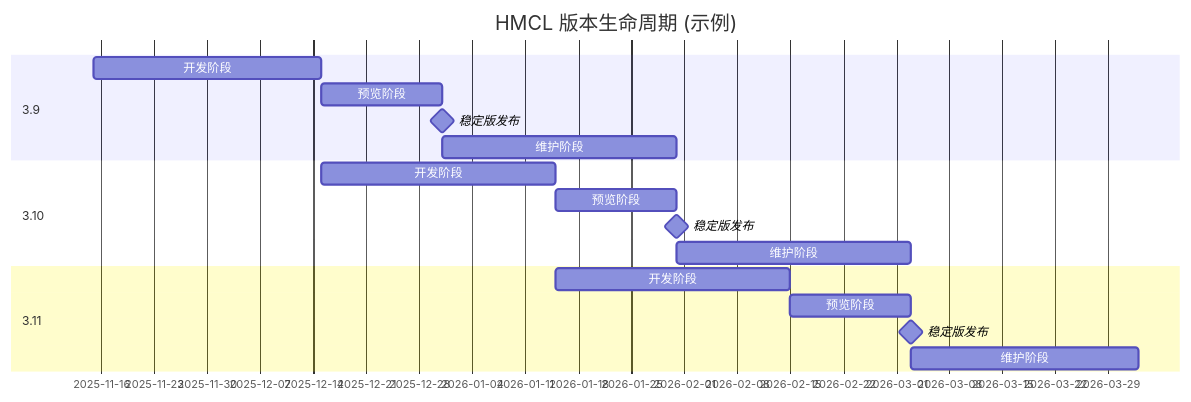
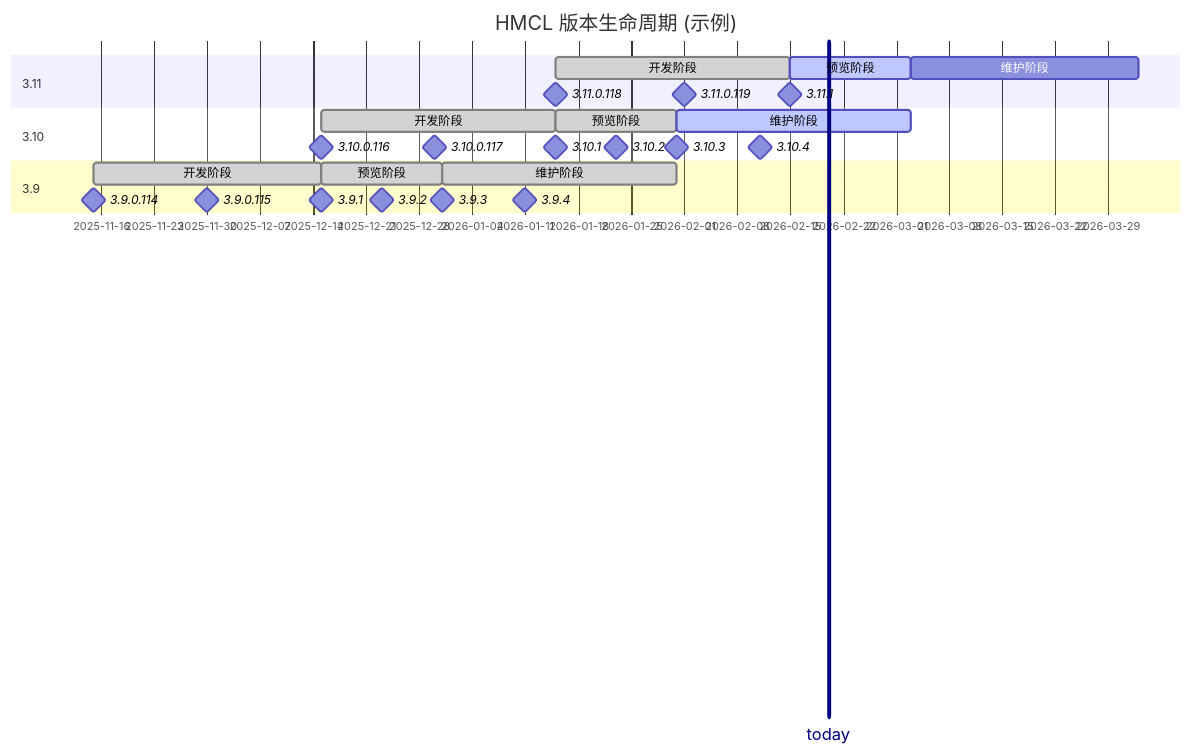
Before and after one commit to HMCL-dev/HMCL: the diagram in docs/ReleaseSchedule_zh.md, drawn with Mermaid. The commit also changed 2 other files, not shown here.

Commit message:
优化文档中的版本声明周期示例 (#5920)

````diff
--- a/docs/ReleaseSchedule_zh.md
+++ b/docs/ReleaseSchedule_zh.md
@@ -43,19 +43,35 @@
 ```mermaid
+---
+displayMode: compact
+---
 gantt
     title HMCL 版本生命周期 (示例)
+    section 3.11
+        today: vert, 2026-02-20, 0d
+        开发阶段: done, c1, after b1, 31d
+        预览阶段: active, c2, after c1, 16d
+        维护阶段: c3, after c2, 30d
+        3.11.0.118: milestone, after b1, 0d
+        3.11.0.119: milestone, 2026-02-01, 0d
+        3.11.1: milestone, after c1, 0d
+    section 3.10
+        开发阶段: done, b1, after a1, 31d
+        预览阶段: done, b2, after b1, 16d
+        维护阶段: active, b3, after b2, 31d
+        3.10.0.116: milestone, after a1, 0d
+        3.10.0.117: milestone, 2025-12-30, 0d
+        3.10.1: milestone, after b1, 0d
+        3.10.2: milestone, 2026-01-23, 0d
+        3.10.3: milestone, after b2, 0d
+        3.10.4: milestone, 2026-02-11, 0d
     section 3.9
-        开发阶段: a1, 2025-11-15, 30d
-        预览阶段: a2, after a1, 16d
-        稳定版发布: milestone, after a2, 0d
-        维护阶段: a3, after a2, 31d
-    section 3.10
-        开发阶段: b1, after a1, 31d
-        预览阶段: b2, after b1, 16d
-        稳定版发布: milestone, after b2, 0d
-        维护阶段: b3, after b2, 31d
-    section 3.11
-        开发阶段: c1, after b1, 31d
-        预览阶段: c2, after c1, 16d
-        稳定版发布: milestone, after c2, 0d
-        维护阶段: c3, after c2, 30d
+        开发阶段: done, a1, 2025-11-15, 30d
+        预览阶段: done, a2, after a1, 16d
+        维护阶段: done, a3, after a2, 31d
+        3.9.0.114: milestone, 2025-11-15, 0d
+        3.9.0.115: milestone, 2025-11-30, 0d
+        3.9.1: milestone, after a1, 0d
+        3.9.2: milestone, 2025-12-23, 0d
+        3.9.3: milestone, after a2, 0d
+        3.9.4: milestone, 2026-01-11, 0d
 ```
````
